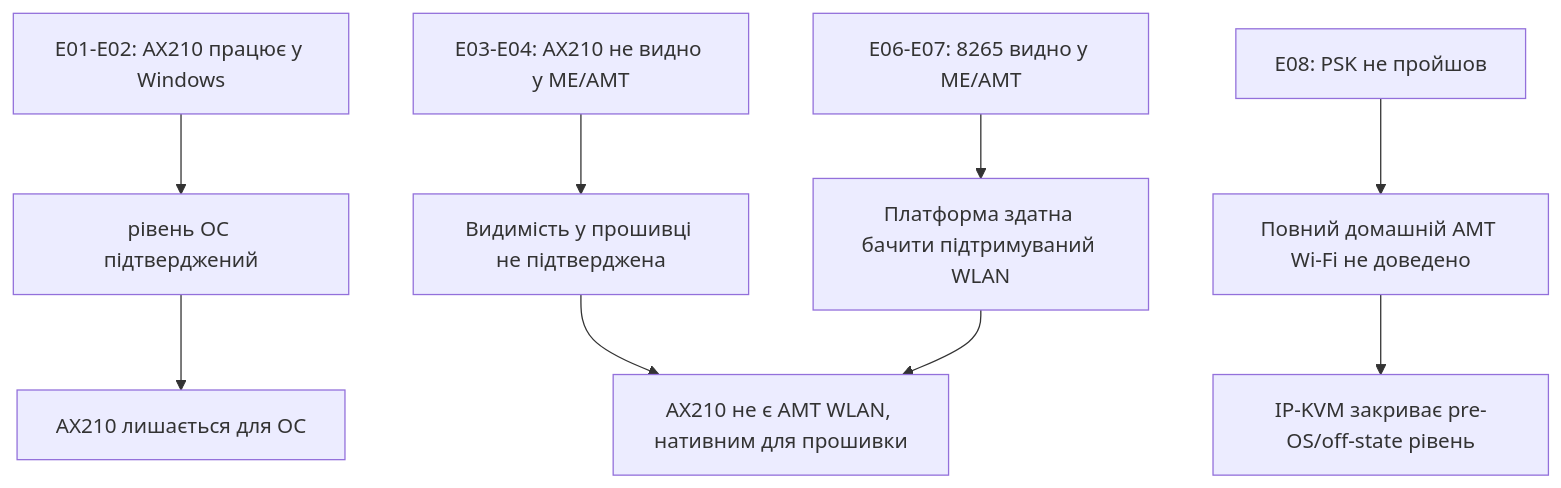
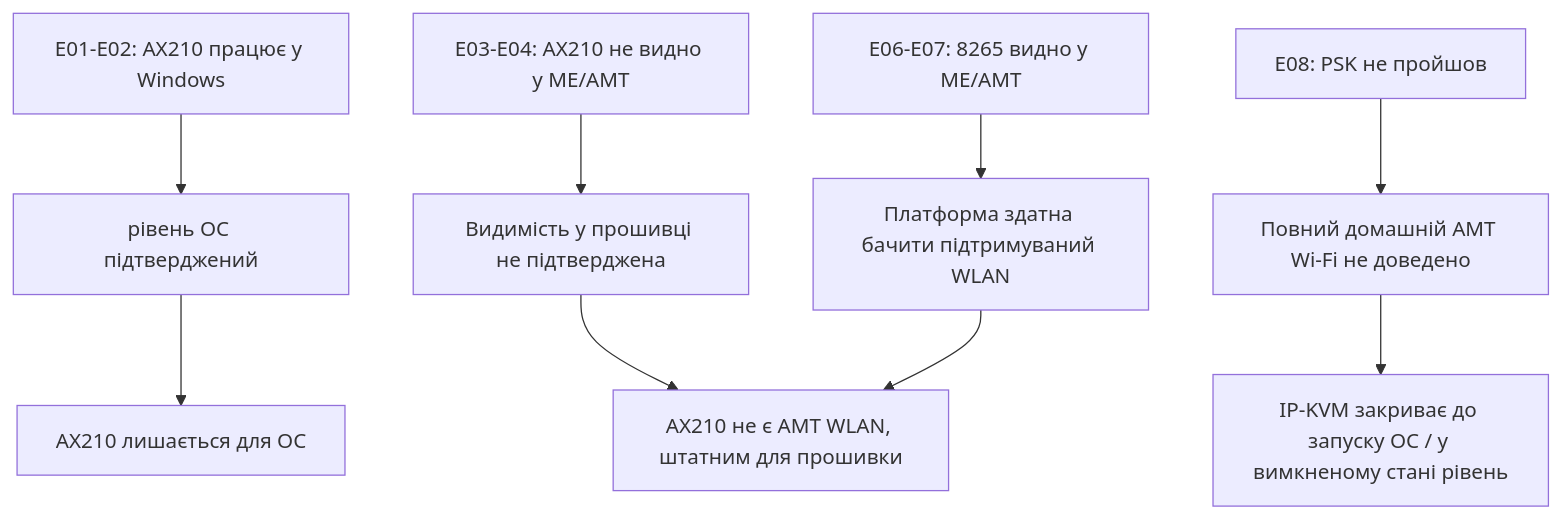
Before and after one commit to Tarasevych/hp-elitebook-840-g5-ax210-amt-wifi-compatibility-Ukrainian: the diagram in docs/журнал-дослідів.md, drawn with Mermaid. The commit also changed other lines of this file and 22 other files, not shown here.

````diff
--- a/docs/журнал-дослідів.md
+++ b/docs/журнал-дослідів.md
@@ -17,12 +17,12 @@
 ```mermaid
 flowchart TB
     A["E01-E02: AX210 працює у Windows"] --> B["рівень ОС підтверджений"]
     C["E03-E04: AX210 не видно у ME/AMT"] --> D["Видимість у прошивці не підтверджена"]
     E["E06-E07: 8265 видно у ME/AMT"] --> F["Платформа здатна бачити підтримуваний WLAN"]
     G["E08: PSK не пройшов"] --> H["Повний домашній AMT Wi-Fi не доведено"]
 
     B --> I["AX210 лишається для ОС"]
-    D --> J["AX210 не є AMT WLAN, нативним для прошивки"]
+    D --> J["AX210 не є AMT WLAN, штатним для прошивки"]
     F --> J
-    H --> K["IP-KVM закриває pre-OS/off-state рівень"]
+    H --> K["IP-KVM закриває до запуску ОС / у вимкненому стані рівень"]
 ```
````
